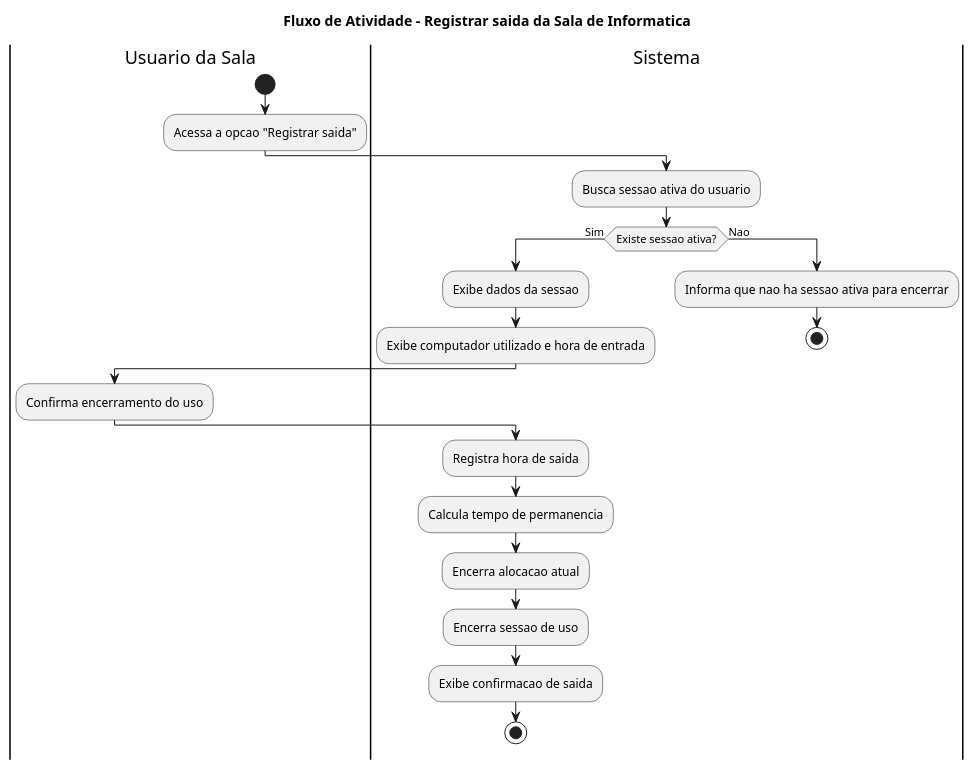
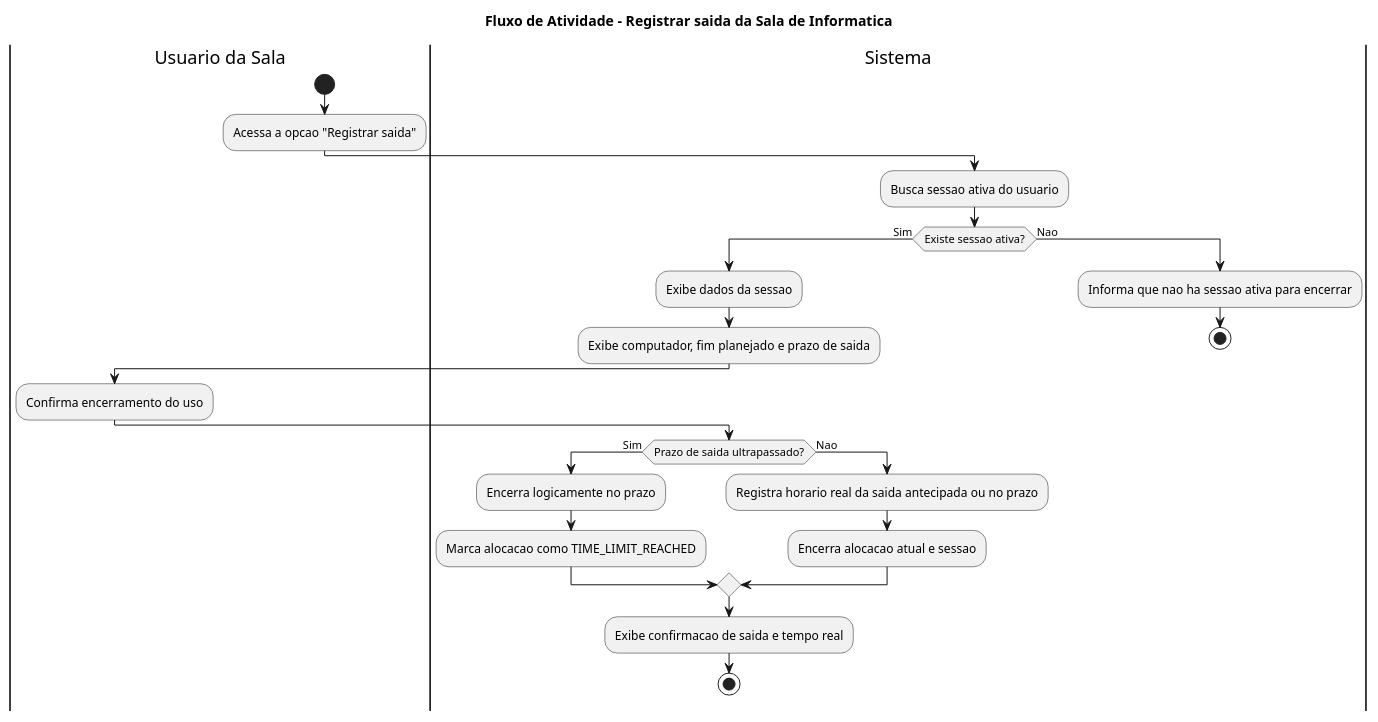
The diagram in docs/diagrams/atividades/03-usuario-registrar-saida.puml (MarcosVini753/estagio), drawn with PlantUML before and after one commit. The commit also changed 21 other files, not shown here.

Commit message:
docs: sincronizar API fluxos e diagramas do modelo C

```diff
--- a/docs/diagrams/atividades/03-usuario-registrar-saida.puml
+++ b/docs/diagrams/atividades/03-usuario-registrar-saida.puml
@@ -1,31 +1,34 @@
 @startuml
 title Fluxo de Atividade - Registrar saida da Sala de Informatica
 
 |Usuario da Sala|
 start
 :Acessa a opcao "Registrar saida";
 
 |Sistema|
 :Busca sessao ativa do usuario;
 
 if (Existe sessao ativa?) then (Sim)
   :Exibe dados da sessao;
-  :Exibe computador utilizado e hora de entrada;
+  :Exibe computador, fim planejado e prazo de saida;
 
   |Usuario da Sala|
   :Confirma encerramento do uso;
 
   |Sistema|
-  :Registra hora de saida;
-  :Calcula tempo de permanencia;
-  :Encerra alocacao atual;
-  :Encerra sessao de uso;
-  :Exibe confirmacao de saida;
+  if (Prazo de saida ultrapassado?) then (Sim)
+    :Encerra logicamente no prazo;
+    :Marca alocacao como TIME_LIMIT_REACHED;
+  else (Nao)
+    :Registra horario real da saida antecipada ou no prazo;
+    :Encerra alocacao atual e sessao;
+  endif
+  :Exibe confirmacao de saida e tempo real;
   stop
 
 else (Nao)
   :Informa que nao ha sessao ativa para encerrar;
   stop
 endif
 
 @enduml
```
